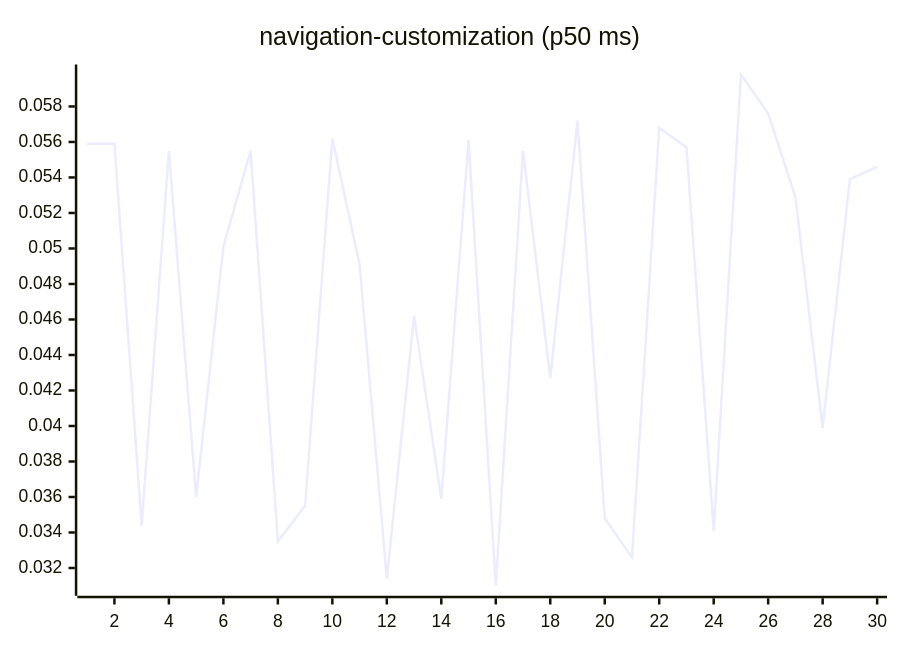
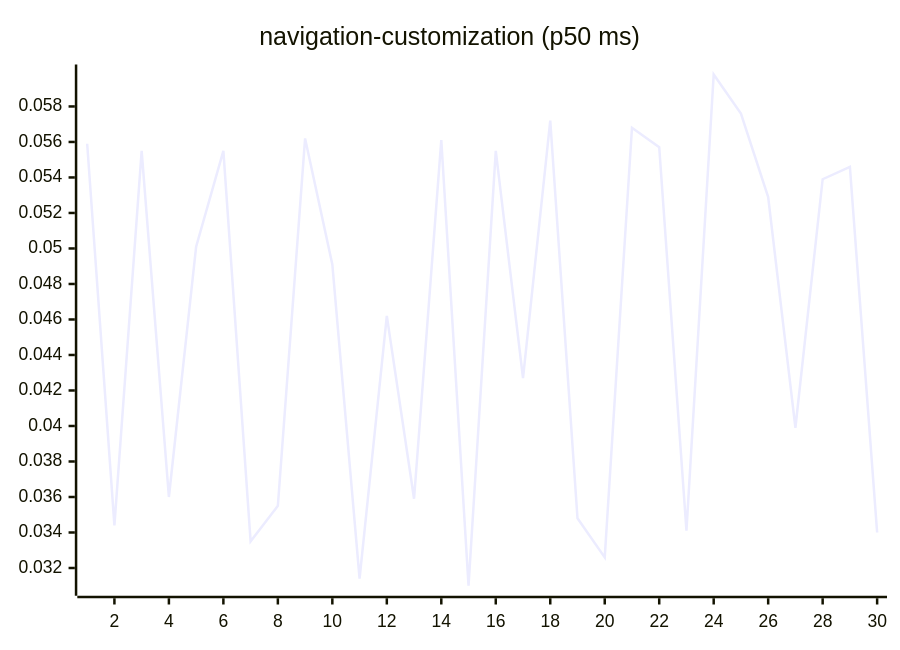
Before and after one commit to josha/Facet: diagram 15 of 27 in README.md, drawn with Mermaid. The commit also changed other lines of this file and 2 other files, not shown here.

````diff
--- a/README.md
+++ b/README.md
@@ -161,6 +161,6 @@
 ```mermaid
 xychart-beta
     title "navigation-customization (p50 ms)"
     x-axis 1 --> 30
-    line [0.0559, 0.0559, 0.0344, 0.0555, 0.0360, 0.0501, 0.0555, 0.0335, 0.0355, 0.0562, 0.0491, 0.0314, 0.0462, 0.0359, 0.0561, 0.0310, 0.0555, 0.0427, 0.0572, 0.0348, 0.0326, 0.0568, 0.0557, 0.0341, 0.0598, 0.0576, 0.0529, 0.0399, 0.0539, 0.0546]
+    line [0.0559, 0.0344, 0.0555, 0.0360, 0.0501, 0.0555, 0.0335, 0.0355, 0.0562, 0.0491, 0.0314, 0.0462, 0.0359, 0.0561, 0.0310, 0.0555, 0.0427, 0.0572, 0.0348, 0.0326, 0.0568, 0.0557, 0.0341, 0.0598, 0.0576, 0.0529, 0.0399, 0.0539, 0.0546, 0.0340]
 ```
````
